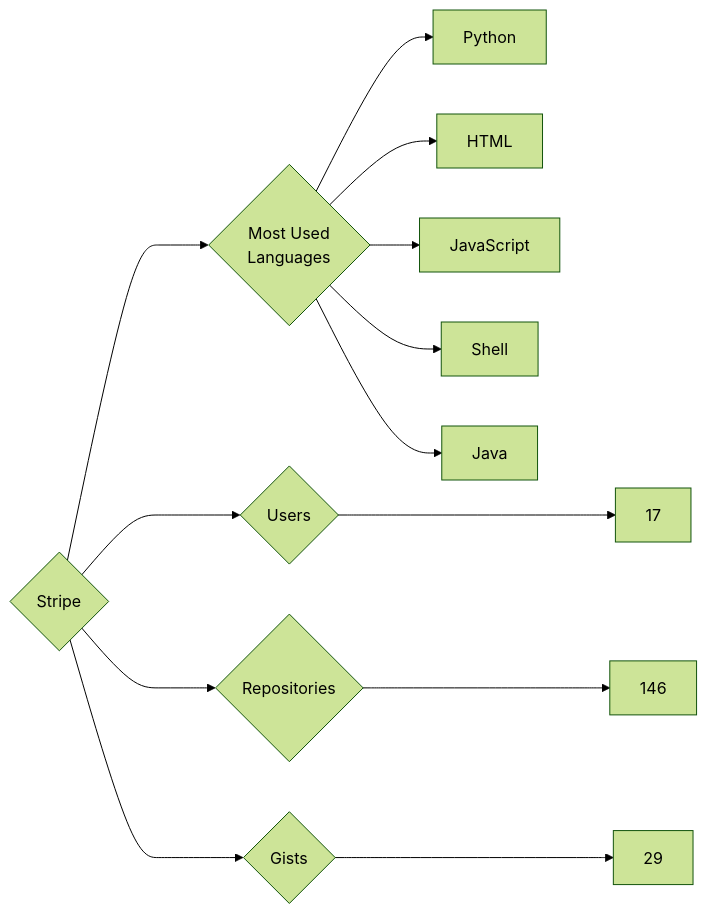
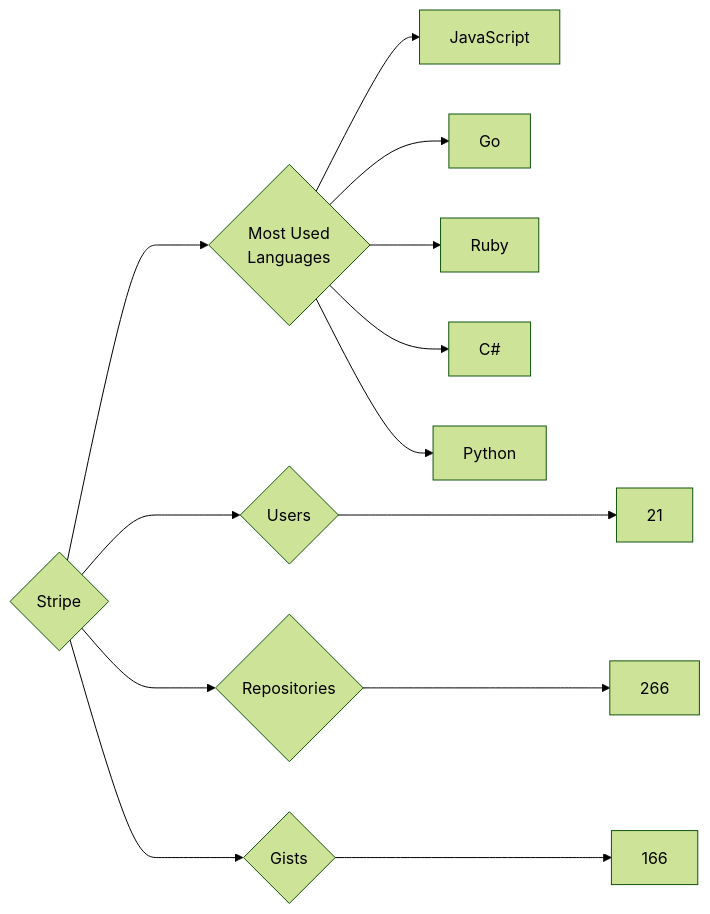
The diagram in targets/Stripe/README.md (trickest/insiders), drawn with Mermaid (forest theme) before and after one commit. The commit also changed 953 other files, not shown here.

````diff
--- a/targets/Stripe/README.md
+++ b/targets/Stripe/README.md
@@ -3,13 +3,13 @@
 ```mermaid
 graph LR
 COMPANY_NAME{Stripe}
-COMPANY_NAME ---> U{Users} ---> UN[17]
-COMPANY_NAME ---> R{Repositories} ---> RN[146]
-COMPANY_NAME ---> G{Gists} ---> GN[29]
+COMPANY_NAME ---> U{Users} ---> UN[21]
+COMPANY_NAME ---> R{Repositories} ---> RN[266]
+COMPANY_NAME ---> G{Gists} ---> GN[166]
 COMPANY_NAME ---> ML{Most Used<br>Languages}
+ML --> JavaScript[JavaScript]
+ML --> Go[Go]
+ML --> Ruby[Ruby]
+ML --> C#[C#]
 ML --> Python[Python]
-ML --> HTML[HTML]
-ML --> JavaScript[JavaScript]
-ML --> Shell[Shell]
-ML --> Java[Java]
 ```
````
